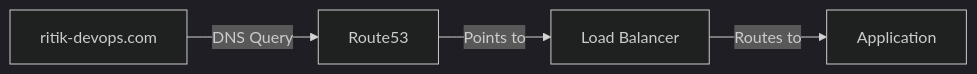
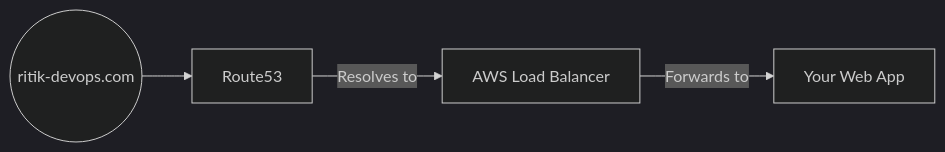
One commit to Ritik12062002/Terraform_RoadMap changed the diagram in terraform_roadmap/labs/day09-route53/README.md. Above: the diagram before and after it, drawn with Mermaid (dark theme). The commit also changed other lines of this file and 17 other files, not shown here.

Commit message:
Terraform Roadmap

````diff
--- a/terraform_roadmap/labs/day09-route53/README.md
+++ b/terraform_roadmap/labs/day09-route53/README.md
@@ -35,6 +51,6 @@
 ```mermaid
 graph LR
-    User[ritik-devops.com] -- DNS Query --> R53[Route53]
-    R53 -- Points to --> ALB[Load Balancer]
-    ALB -- Routes to --> APP[Application]
+    ritik((ritik-devops.com)) --> R53[Route53]
+    R53 -- Resolves to --> ALB[AWS Load Balancer]
+    ALB -- Forwards to --> APP[Your Web App]
 ```
````
